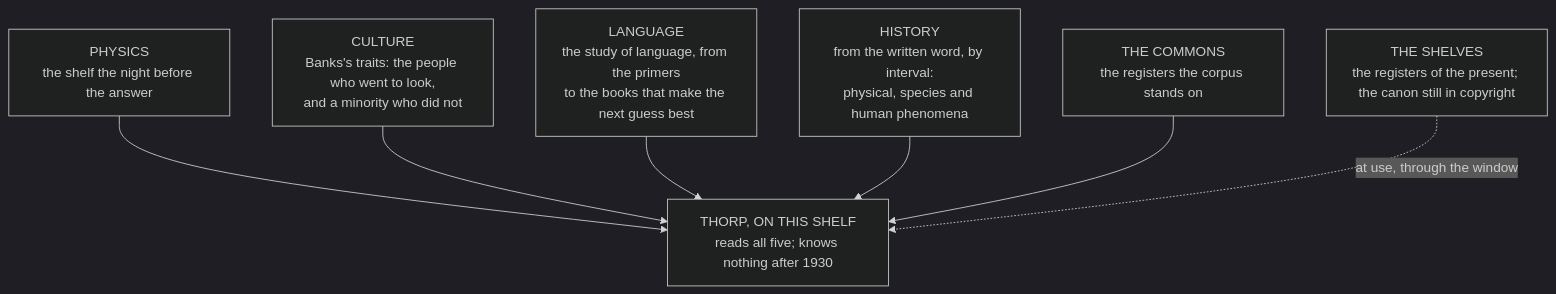
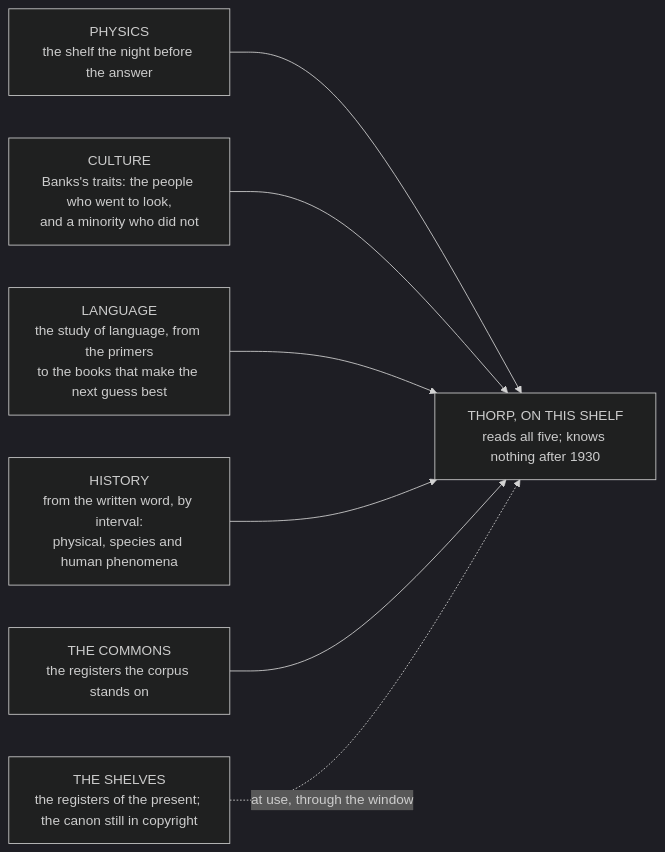
Before and after one commit to demitonapp/nothing-up-my-sleeve: the diagram in docs/writings/nothing-up-my-sleeve/03-not-built-to-comprehend-a-lie/09-a-world-up-to-1930.md, drawn with Mermaid (dark theme). The commit also changed 26 other files, not shown here.

````diff
--- a/docs/writings/nothing-up-my-sleeve/03-not-built-to-comprehend-a-lie/09-a-world-up-to-1930.md
+++ b/docs/writings/nothing-up-my-sleeve/03-not-built-to-comprehend-a-lie/09-a-world-up-to-1930.md
@@ -47,16 +47,16 @@
 ```mermaid
-flowchart TB
+flowchart LR
   P["PHYSICS<br/>the shelf the night before the answer"]
   C["CULTURE<br/>Banks's traits: the people who went to look,<br/>and a minority who did not"]
   E["LANGUAGE<br/>the study of language, from the primers<br/>to the books that make the next guess best"]
   H["HISTORY<br/>from the written word, by interval:<br/>physical, species and human phenomena"]
   K["THE COMMONS<br/>the registers the corpus stands on"]
   T["THORP, ON THIS SHELF<br/>reads all five; knows nothing after 1930"]
   S["THE SHELVES<br/>the registers of the present; the canon still in copyright"]
   P --> T
   C --> T
   E --> T
   H --> T
   K --> T
   S -.->|"at use, through the window"| T
 ```
````
